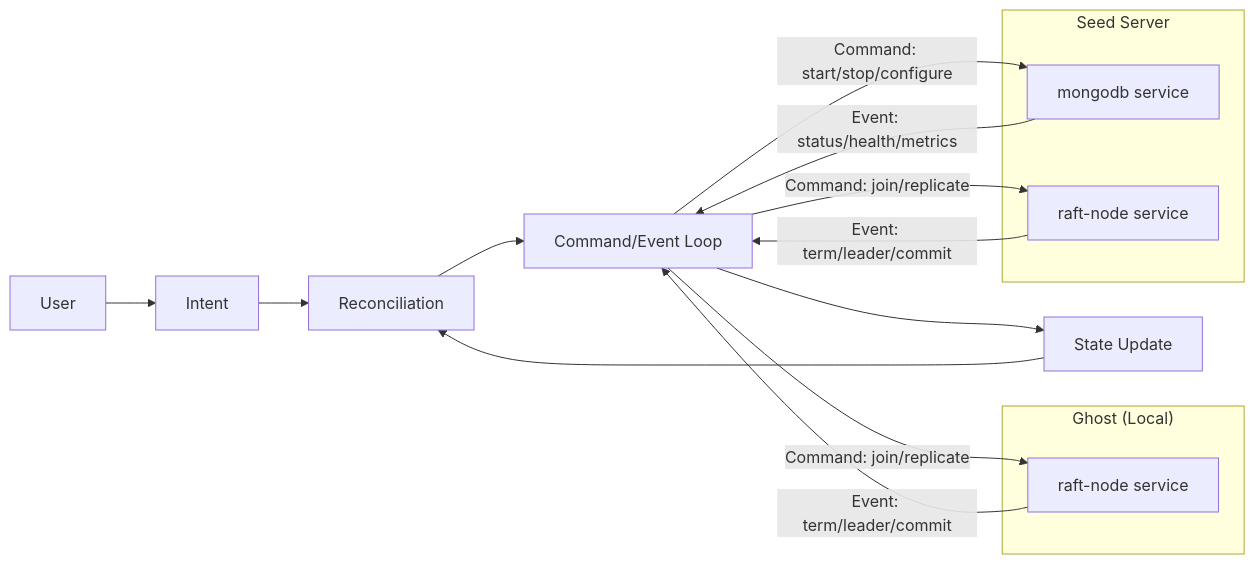
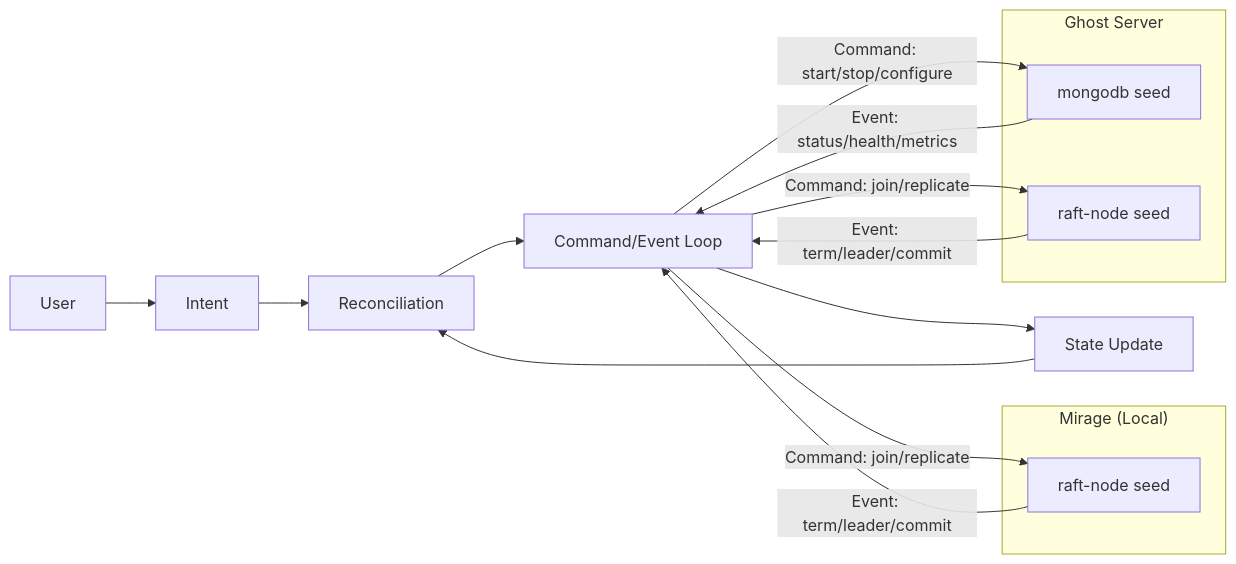
Before and after one commit to danmuck/edgectl: the diagram in docs/architecture/control-loop.md, drawn with Mermaid. The commit also changed other lines of this file and 33 other files, not shown here.

````diff
--- a/docs/architecture/control-loop.md
+++ b/docs/architecture/control-loop.md
@@ -7,31 +7,31 @@
 ```mermaid
 flowchart LR
     U["User"]
     I["Intent"]
     R["Reconciliation"]
     C["Command/Event Loop"]
     S["State Update"]
 
-    subgraph G["Ghost (Local)"]
-        GR["raft-node service"]
+    subgraph G["Mirage (Local)"]
+        GR["raft-node seed"]
     end
 
-    subgraph SEED["Seed Server"]
-        SM["mongodb service"]
-        SR["raft-node service"]
+    subgraph SEED["Ghost Server"]
+        SM["mongodb seed"]
+        SR["raft-node seed"]
     end
 
     U --> I
     I --> R
     R --> C
     C --> S
     S --> R
 
     C -->|"Command: start/stop/configure"| SM
     C -->|"Command: join/replicate"| SR
     C -->|"Command: join/replicate"| GR
 
     SM -->|"Event: status/health/metrics"| C
     SR -->|"Event: term/leader/commit"| C
     GR -->|"Event: term/leader/commit"| C
 ```
````
